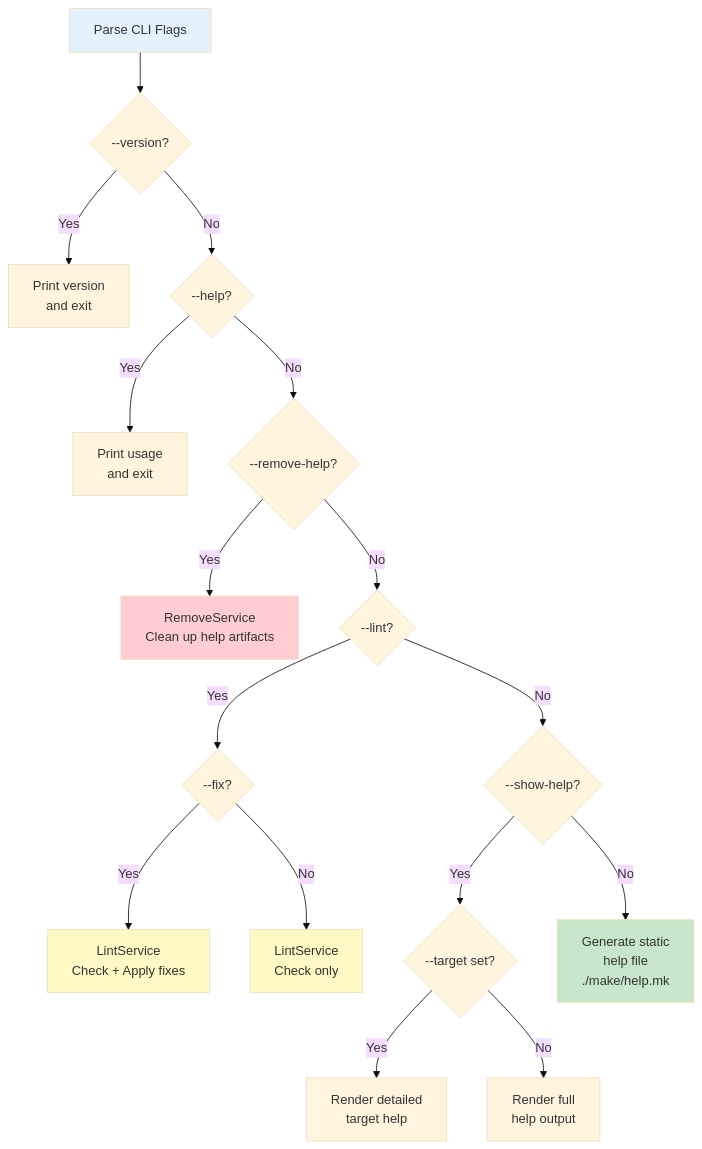
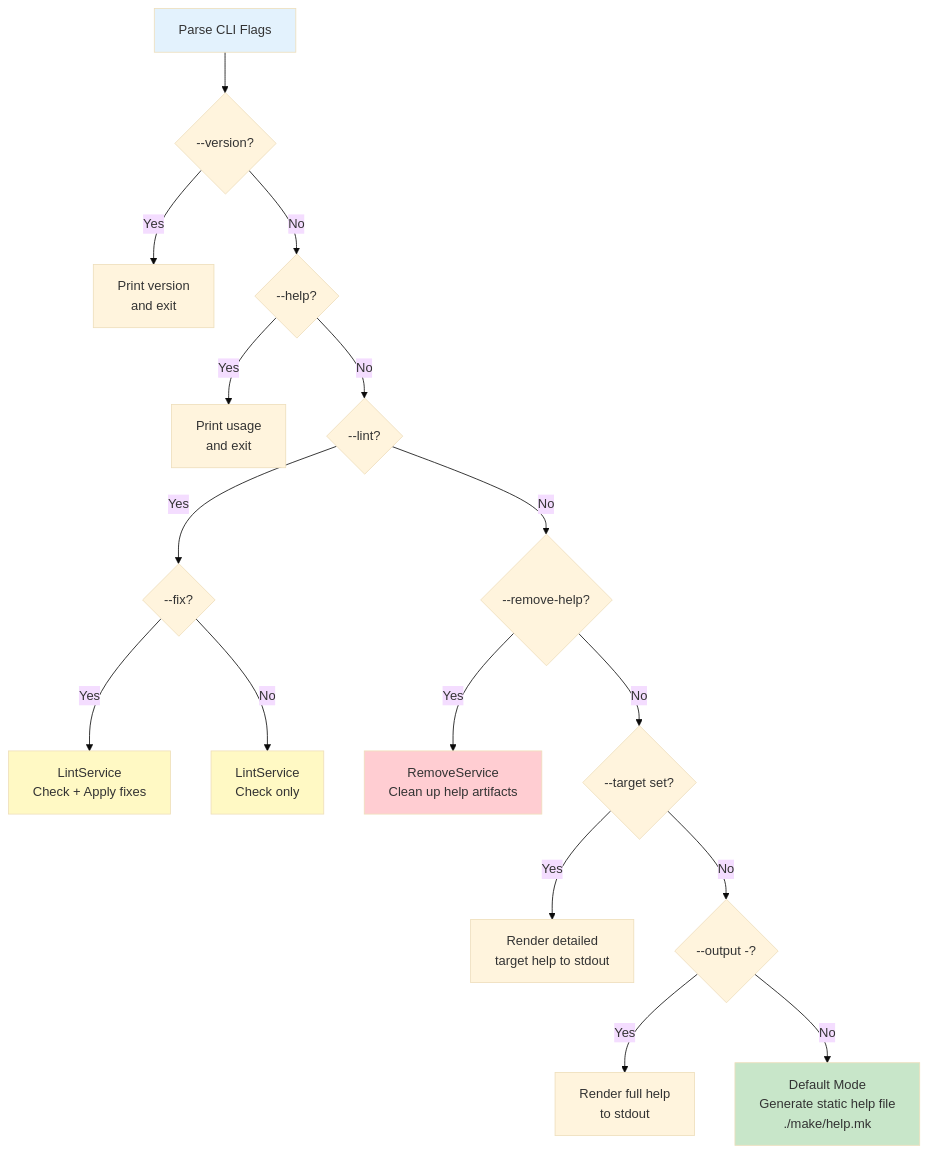
One commit to sdlcforge/make-help changed the diagram in docs/architecture/diagrams/cli-mode-routing.mmd. Above: the diagram before and after it, drawn with Mermaid (base theme). The commit also changed 7 other files, not shown here.

```diff
--- a/docs/architecture/diagrams/cli-mode-routing.mmd
+++ b/docs/architecture/diagrams/cli-mode-routing.mmd
@@ -1,31 +1,31 @@
 %% CLI Mode Routing
 %% Shows how CLI flags determine which handler is invoked
 
 flowchart TD
     START[Parse CLI Flags] --> VERSION{--version?}
     VERSION -->|Yes| V_OUT[Print version<br/>and exit]
     VERSION -->|No| HELP_FLAG{--help?}
 
     HELP_FLAG -->|Yes| H_OUT[Print usage<br/>and exit]
-    HELP_FLAG -->|No| REMOVE{--remove-help?}
-
-    REMOVE -->|Yes| RM_HANDLER[RemoveService<br/>Clean up help artifacts]
-    REMOVE -->|No| LINT{--lint?}
+    HELP_FLAG -->|No| LINT{--lint?}
 
     LINT -->|Yes| FIX{--fix?}
     FIX -->|Yes| LINT_FIX[LintService<br/>Check + Apply fixes]
     FIX -->|No| LINT_ONLY[LintService<br/>Check only]
 
-    LINT -->|No| SHOW{--show-help?}
+    LINT -->|No| REMOVE{--remove-help?}
 
-    SHOW -->|Yes| TARGET{--target set?}
-    TARGET -->|Yes| DETAIL[Render detailed<br/>target help]
-    TARGET -->|No| FULL[Render full<br/>help output]
+    REMOVE -->|Yes| RM_HANDLER[RemoveService<br/>Clean up help artifacts]
+    REMOVE -->|No| TARGET_FLAG{--target set?}
 
-    SHOW -->|No| STATIC[Generate static<br/>help file<br/>./make/help.mk]
+    TARGET_FLAG -->|Yes| DETAIL[Render detailed<br/>target help to stdout]
+    TARGET_FLAG -->|No| OUTPUT{--output -?}
+
+    OUTPUT -->|Yes| STDOUT[Render full help<br/>to stdout]
+    OUTPUT -->|No| DEFAULT[Default Mode<br/>Generate static help file<br/>./make/help.mk]
 
     style START fill:#e3f2fd
-    style STATIC fill:#c8e6c9
+    style DEFAULT fill:#c8e6c9
     style RM_HANDLER fill:#ffcdd2
     style LINT_FIX fill:#fff9c4
     style LINT_ONLY fill:#fff9c4
```
